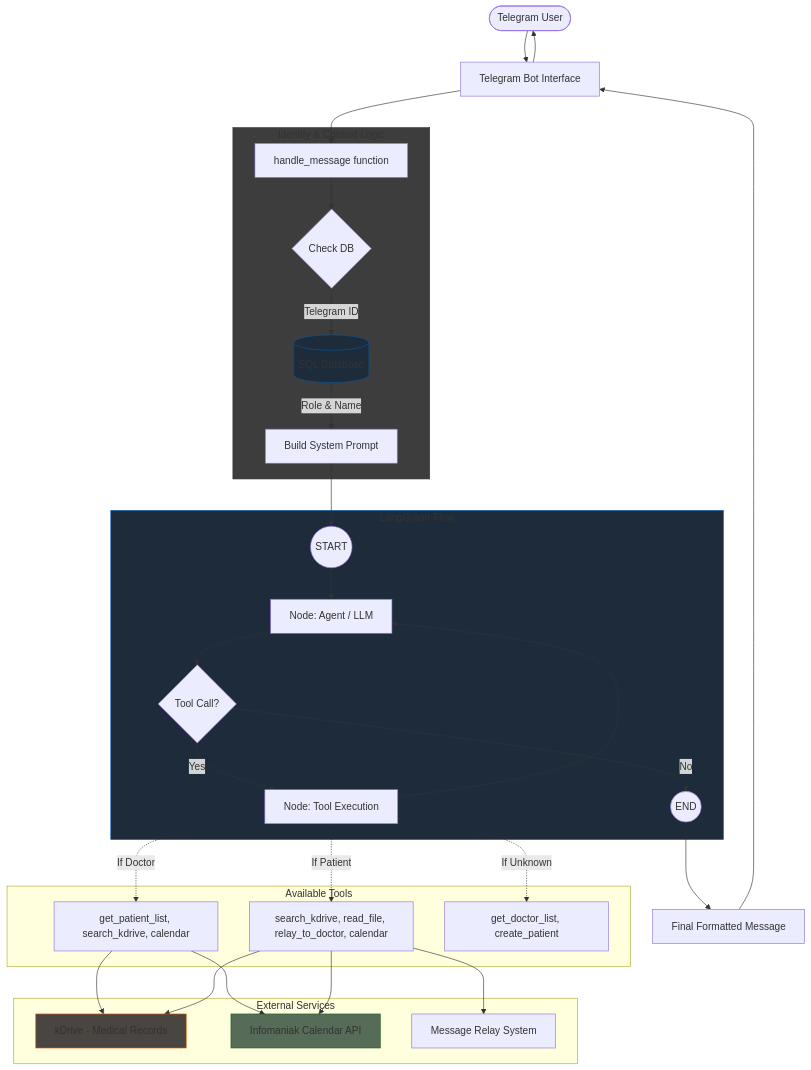
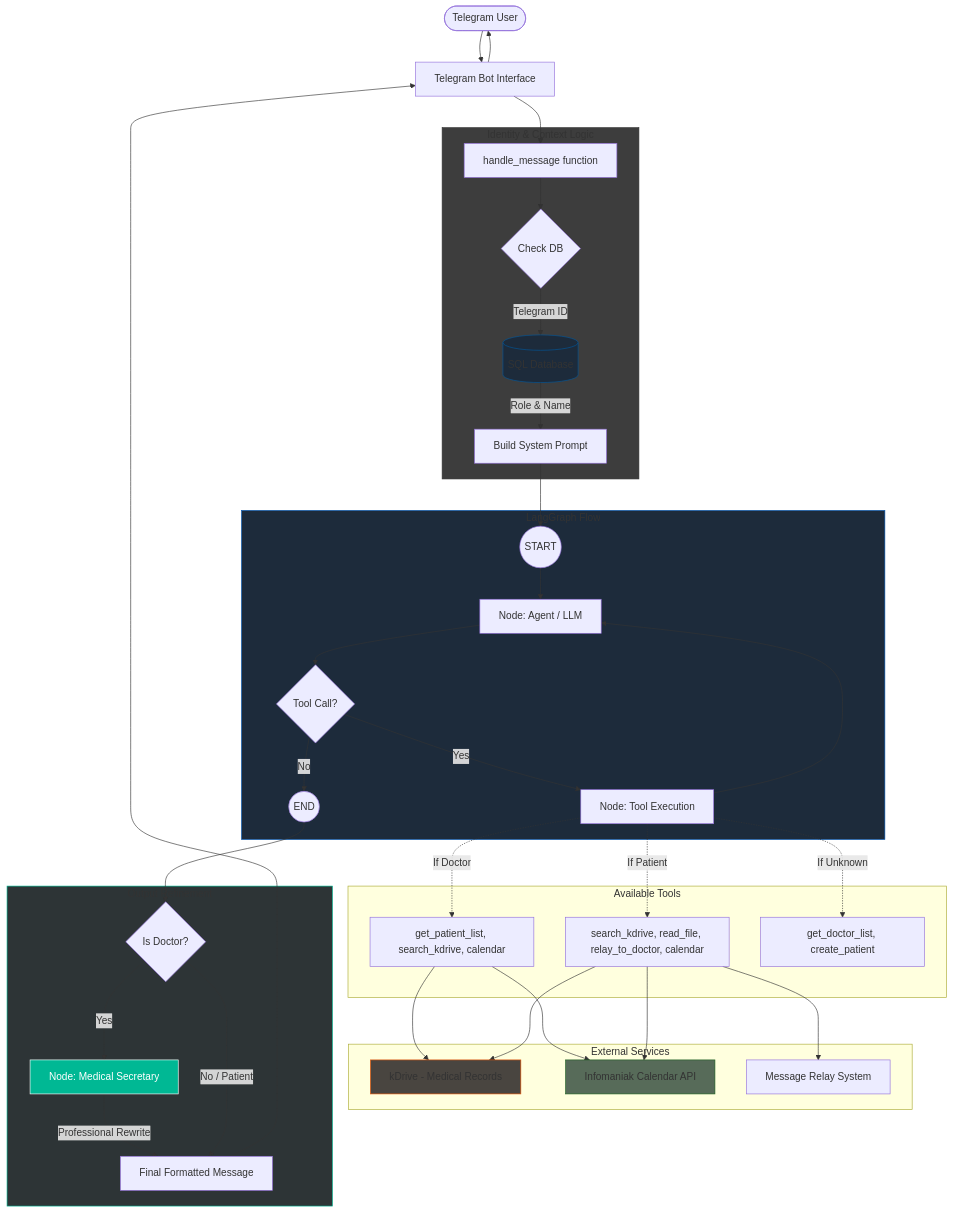
One commit to GDbateaux/305.2-applied-cybersecurity changed the diagram in README.md. Above: the diagram before and after it, drawn with Mermaid.

Commit message:
Update mermaid graph

````diff
--- a/README.md
+++ b/README.md
@@ -111,50 +111,59 @@
 ```mermaid
 graph TD
     %% User Entry Point
     User([Telegram User]) --> TG_Bot[Telegram Bot Interface]
     TG_Bot --> Logic[handle_message function]
 
     %% Role Identification
     subgraph Identification ["Identity & Context Logic"]
         Logic --> DB_Lookup{Check DB}
         DB_Lookup -->|Telegram ID| DB[(SQL Database)]
         DB -->|Role & Name| Context[Build System Prompt]
     end
 
     %% Core Agent Flow (LangGraph)
     subgraph Agent_LangGraph ["LangGraph Flow"]
         Context --> StartNode((START))
         StartNode --> AgentNode[Node: Agent / LLM]
         AgentNode --> Condition{Tool Call?}
 
         Condition -->|Yes| ToolNode[Node: Tool Execution]
         ToolNode --> AgentNode
         Condition -->|No| EndNode((END))
     end
 
     %% Toolsets by Role
     subgraph Toolsets ["Available Tools"]
         ToolNode -.->|If Doctor| DocTools[get_patient_list, search_kdrive, calendar]
         ToolNode -.->|If Patient| PatTools[search_kdrive, read_file, relay_to_doctor, calendar]
         ToolNode -.->|If Unknown| GuestTools[get_doctor_list, create_patient]
     end
 
     %% External Infrastructure
     subgraph External_Services ["External Services"]
         DocTools & PatTools --> KD[kDrive - Medical Records]
         DocTools & PatTools --> Cal[Infomaniak Calendar API]
         PatTools --> Relay[Message Relay System]
     end
 
-    %% Output
-    EndNode --> FinalResponse[Final Formatted Message]
+    %% Output Refinement (The New Part)
+    subgraph Refinement ["Output Refinement"]
+        EndNode --> RoleCheck{Is Doctor?}
+        RoleCheck -->|Yes| SecNode[Node: Medical Secretary]
+        SecNode -->|Professional Rewrite| FinalResponse[Final Formatted Message]
+        RoleCheck -->|No / Patient| FinalResponse
+    end
+
+    %% Final Delivery
     FinalResponse --> TG_Bot
     TG_Bot --> User
 
     %% Styling
     style Agent_LangGraph fill:#1d2b3b,stroke:#0056b3
     style DB fill:#1d2b3b,stroke:#01579b
     style KD fill:#494540,stroke:#e65100
     style Cal fill:#576b59,stroke:#1b5e20
     style Identification fill:#3d3d3d,stroke:#333
+    style Refinement fill:#2d3436,stroke:#00b894
+    style SecNode fill:#00b894,stroke:#fff,color:#fff
 ```
````
